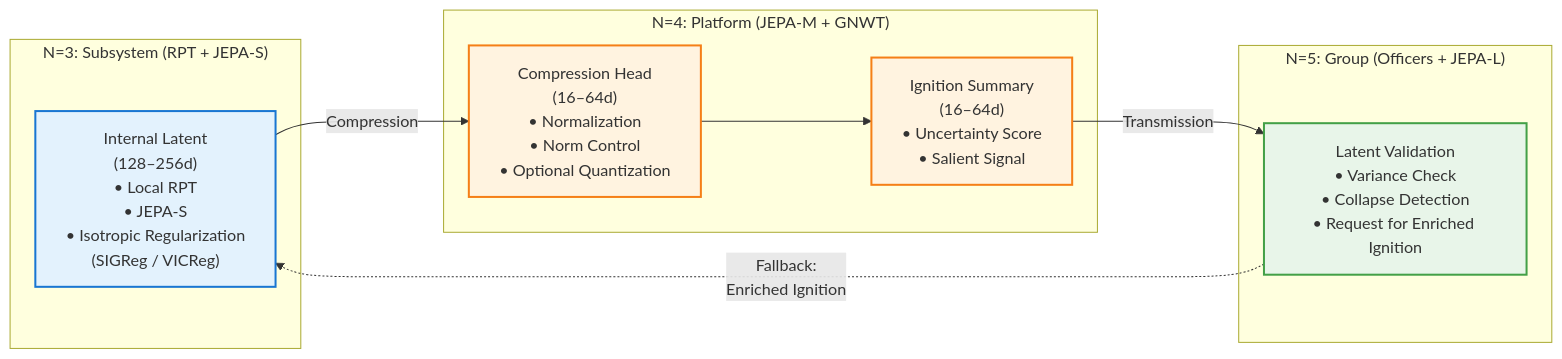
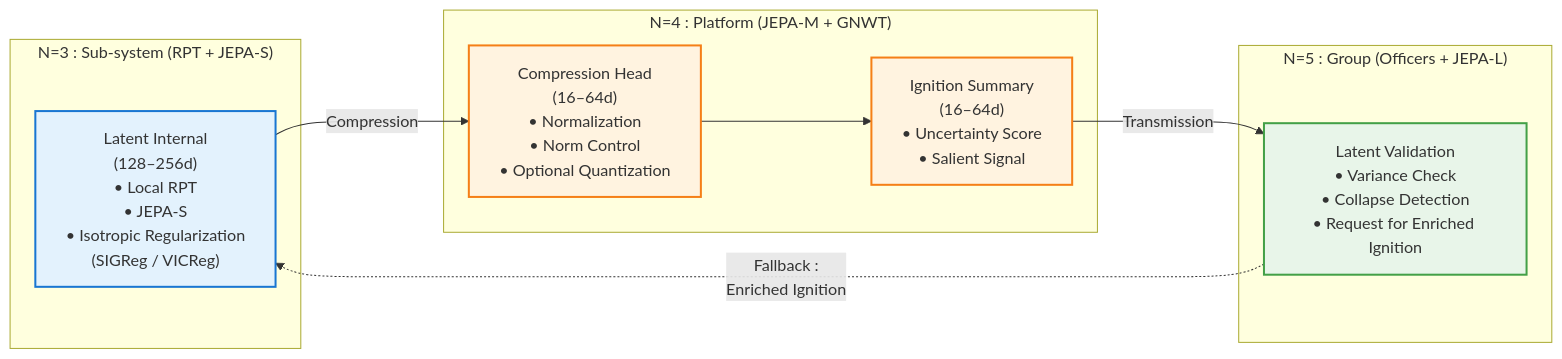
One commit to AlainCo/GNWT-Garrigue-X-en changed the seventh of 8 diagrams in architecture/architecture.md. Above: the diagram before and after it, drawn with Mermaid. The commit also changed other lines of this file and 31 other files, not shown here.

````diff
--- a/architecture/architecture.md
+++ b/architecture/architecture.md
@@ -169,28 +168,28 @@
 ```mermaid
 flowchart LR
-    subgraph N3 ["N=3: Subsystem (RPT + JEPA-S)"]
-        L3["Internal Latent\n(128–256d)\n• Local RPT\n• JEPA-S\n• Isotropic Regularization\n(SIGReg / VICReg)"]
+    subgraph N3 ["N=3 : Sub-system (RPT + JEPA-S)"]
+        L3["Latent Internal\n(128–256d)\n• Local RPT\n• JEPA-S\n• Isotropic Regularization\n(SIGReg / VICReg)"]
     end
 
-    subgraph N4 ["N=4: Platform (JEPA-M + GNWT)"]
+    subgraph N4 ["N=4 : Platform (JEPA-M + GNWT)"]
         C4["Compression Head\n(16–64d)\n• Normalization\n• Norm Control\n• Optional Quantization"]
         L4["Ignition Summary\n(16–64d)\n• Uncertainty Score\n• Salient Signal"]
     end
 
-    subgraph N5 ["N=5: Group (Officers + JEPA-L)"]
+    subgraph N5 ["N=5 : Group (Officers + JEPA-L)"]
         V5["Latent Validation\n• Variance Check\n• Collapse Detection\n• Request for Enriched Ignition"]
     end
 
     L3 -->|"Compression"| C4 --> L4 -->|"Transmission"| V5
 
-    V5 -.->|"Fallback:\nEnriched Ignition"| L3
+    V5 -.->|"Fallback :\nEnriched Ignition"| L3
 
     classDef latent fill:#e3f2fd,stroke:#1976d2,stroke-width:2px
     classDef comp fill:#fff3e0,stroke:#f57f17,stroke-width:2px
     classDef val fill:#e8f5e9,stroke:#43a047,stroke-width:2px
 
     class L3 latent
     class C4 comp
     class L4 comp
     class V5 val
 ```
````
